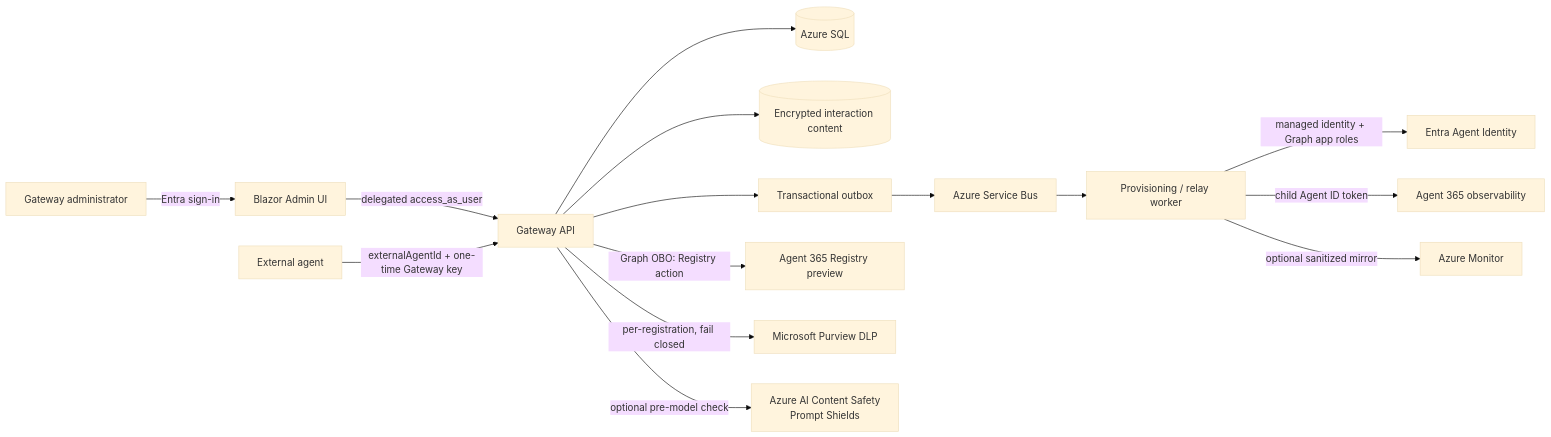
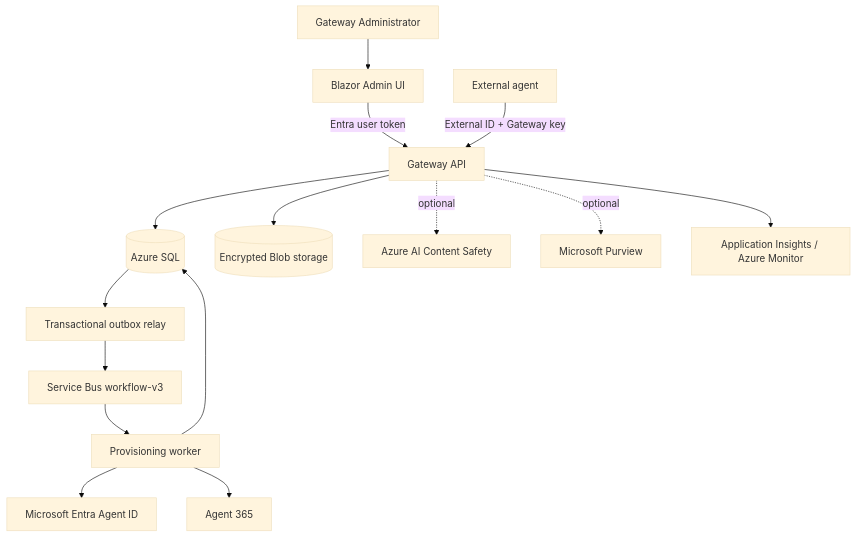
One commit to patrick-shim/a365-custom-gateway changed the second of 2 diagrams in README.md. Above: the diagram before and after it, drawn with Mermaid (base theme). The commit also changed other lines of this file and 206 other files, not shown here.

````diff
--- a/README.md
+++ b/README.md
@@ -110,19 +140,17 @@
 ```mermaid
-flowchart LR
-    Admin[Gateway administrator] -->|Entra sign-in| UI[Blazor Admin UI]
-    UI -->|delegated access_as_user| API[Gateway API]
-    Client[External agent] -->|externalAgentId + one-time Gateway key| API
-
-    API --> SQL[(Azure SQL)]
-    API --> Blob[(Encrypted interaction content)]
-    API --> Outbox[Transactional outbox]
-    Outbox --> Bus[Azure Service Bus]
-    Bus --> Worker[Provisioning / relay worker]
-
-    API -->|Graph OBO: Registry action| Registry[Agent 365 Registry preview]
-    Worker -->|managed identity + Graph app roles| Entra[Entra Agent Identity]
-    Worker -->|child Agent ID token| A365[Agent 365 observability]
-    Worker -->|optional sanitized mirror| Monitor[Azure Monitor]
-    API -->|per-registration, fail closed| Purview[Microsoft Purview DLP]
-    API -->|optional pre-model check| Shield[Azure AI Content Safety<br/>Prompt Shields]
+flowchart TB
+    admin[Gateway Administrator] --> ui[Blazor Admin UI]
+    ui -->|Entra user token| api[Gateway API]
+    client[External agent] -->|External ID + Gateway key| api
+    api --> sql[(Azure SQL)]
+    api --> blob[(Encrypted Blob storage)]
+    sql --> relay[Transactional outbox relay]
+    relay --> bus[Service Bus workflow-v3]
+    bus --> worker[Provisioning worker]
+    worker --> sql
+    worker --> entra[Microsoft Entra Agent ID]
+    worker --> a365[Agent 365]
+    api -. optional .-> shield[Azure AI Content Safety]
+    api -. optional .-> purview[Microsoft Purview]
+    api --> monitor[Application Insights / Azure Monitor]
 ```
````
